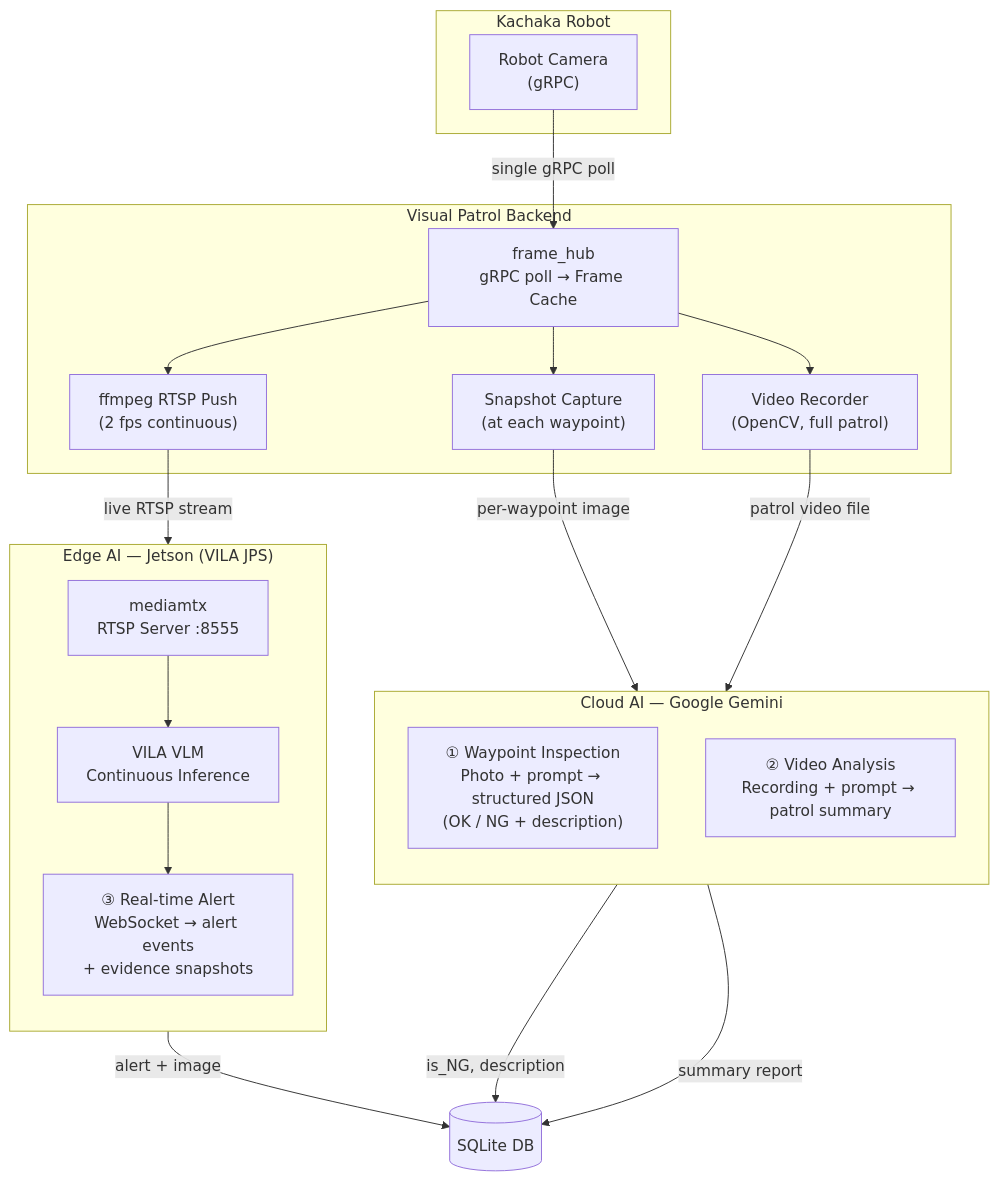
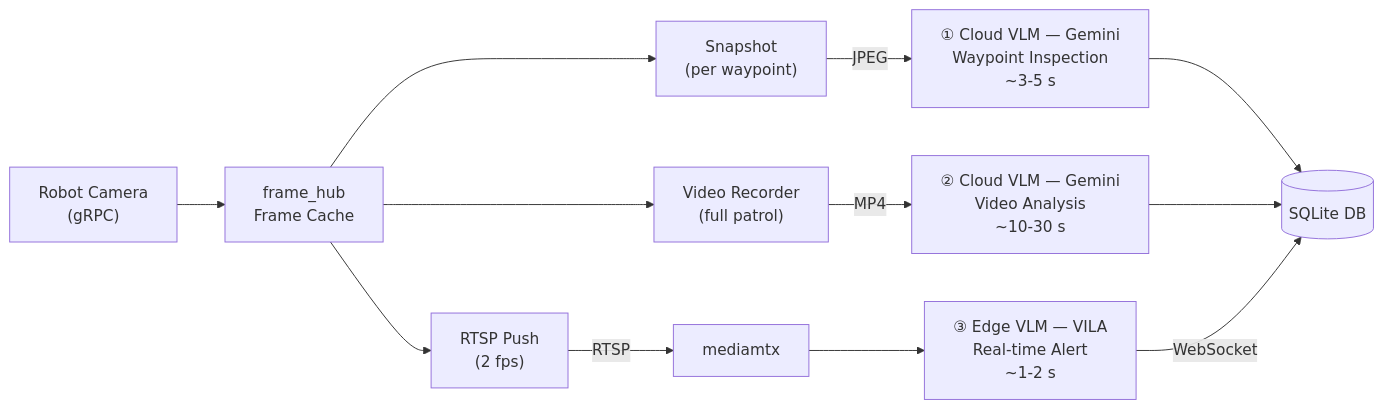
Before and after one commit to sigmarobotics/visual-patrol: the fifth of 7 diagrams in README.md, drawn with Mermaid.

Commit message:
docs: simplify image pipeline diagram to horizontal layout

````diff
--- a/README.md
+++ b/README.md
@@ -132,40 +132,16 @@
 ```mermaid
-graph TB
-    subgraph Robot["Kachaka Robot"]
-        CAM["Robot Camera<br/>(gRPC)"]
-    end
+graph LR
+    CAM["Robot Camera<br/>(gRPC)"] --> FH["frame_hub<br/>Frame Cache"]
 
-    subgraph Hub["Visual Patrol Backend"]
-        FH["frame_hub<br/>gRPC poll → Frame Cache"]
-        SNAP["Snapshot Capture<br/>(at each waypoint)"]
-        VR["Video Recorder<br/>(OpenCV, full patrol)"]
-        RTSP["ffmpeg RTSP Push<br/>(2 fps continuous)"]
-    end
+    FH --> SNAP["Snapshot<br/>(per waypoint)"]
+    FH --> VR["Video Recorder<br/>(full patrol)"]
+    FH --> RTSP["RTSP Push<br/>(2 fps)"]
 
-    subgraph CloudAI["Cloud AI — Google Gemini"]
-        direction TB
-        IMG_AI["① Waypoint Inspection<br/>Photo + prompt → structured JSON<br/>(OK / NG + description)"]
-        VID_AI["② Video Analysis<br/>Recording + prompt → patrol summary"]
-    end
+    SNAP -->|"JPEG"| IMG_AI["① Cloud VLM — Gemini<br/>Waypoint Inspection<br/>~3-5 s"]
+    VR -->|"MP4"| VID_AI["② Cloud VLM — Gemini<br/>Video Analysis<br/>~10-30 s"]
+    RTSP -->|"RTSP"| MTX["mediamtx"] --> VILA["③ Edge VLM — VILA<br/>Real-time Alert<br/>~1-2 s"]
 
-    subgraph EdgeAI["Edge AI — Jetson (VILA JPS)"]
-        direction TB
-        MTX["mediamtx<br/>RTSP Server :8555"]
-        VILA["VILA VLM<br/>Continuous Inference"]
-        WS["③ Real-time Alert<br/>WebSocket → alert events<br/>+ evidence snapshots"]
-    end
-
-    CAM -->|"single gRPC poll"| FH
-
-    FH --> SNAP
-    FH --> VR
-    FH --> RTSP
-
-    SNAP -->|"per-waypoint image"| IMG_AI
-    VR -->|"patrol video file"| VID_AI
-    RTSP -->|"live RTSP stream"| MTX --> VILA --> WS
-
-    IMG_AI -->|"is_NG, description"| DB[(SQLite DB)]
-    VID_AI -->|"summary report"| DB
-    WS -->|"alert + image"| DB
+    IMG_AI --> DB[(SQLite DB)]
+    VID_AI --> DB
+    VILA -->|"WebSocket"| DB
 ```
````
